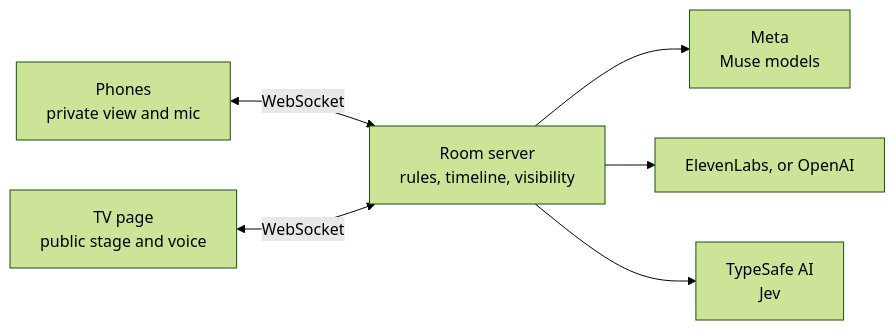
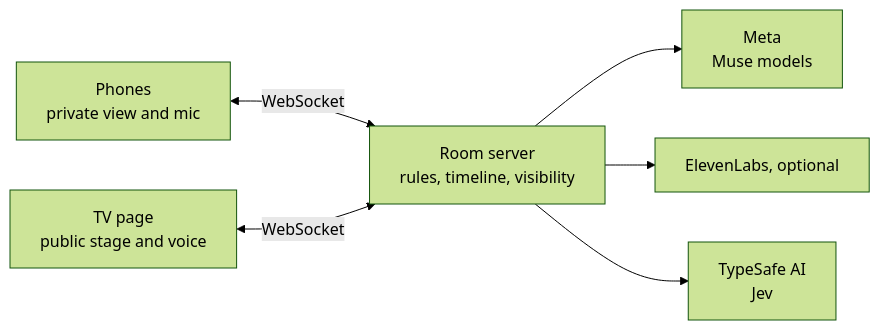
The diagram in README.md (AmbroseNilam/funhouse), drawn with Mermaid (forest theme) before and after one commit. The commit also changed other lines of this file and 12 other files, not shown here.

First line of the commit message:
Drop OpenAI: voice is ElevenLabs only, and optional

````diff
--- a/README.md
+++ b/README.md
@@ -127,8 +126,8 @@
 ```mermaid
 flowchart LR
     phones["Phones<br/>private view and mic"] <-->|WebSocket| room
     tv["TV page<br/>public stage and voice"] <-->|WebSocket| room
     room["Room server<br/>rules, timeline, visibility"] --> meta["Meta<br/>Muse models"]
-    room --> voice["ElevenLabs, or OpenAI"]
+    room --> voice["ElevenLabs, optional"]
     room --> jev["TypeSafe AI<br/>Jev"]
 ```
````
